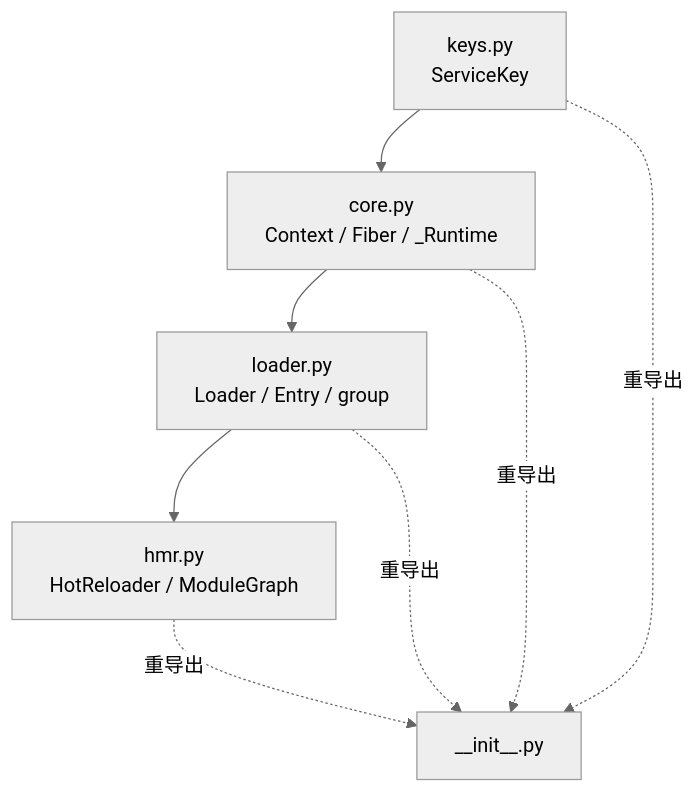
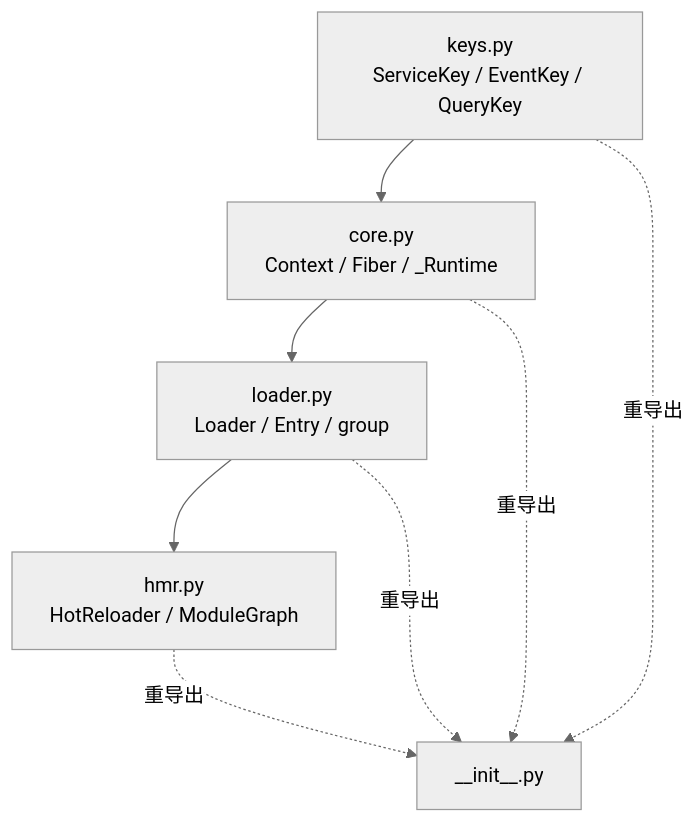
One commit to zxrneu/cordis changed the first of 8 diagrams in python/docs/internals-walkthrough.md. Above: the diagram before and after it, drawn with Mermaid (neutral theme). The commit also changed other lines of this file and 30 other files, not shown here.

````diff
--- a/python/docs/internals-walkthrough.md
+++ b/python/docs/internals-walkthrough.md
@@ -57,10 +59,10 @@
 ```mermaid
 graph TD
-    Keys[keys.py<br/>ServiceKey] --> Core[core.py<br/>Context / Fiber / _Runtime]
+    Keys[keys.py<br/>ServiceKey / EventKey / QueryKey] --> Core[core.py<br/>Context / Fiber / _Runtime]
     Core --> Loader[loader.py<br/>Loader / Entry / group]
     Loader --> HMR[hmr.py<br/>HotReloader / ModuleGraph]
     Core -.重导出.-> Init[__init__.py]
     Keys -.重导出.-> Init
     Loader -.重导出.-> Init
     HMR -.重导出.-> Init
 ```
````
